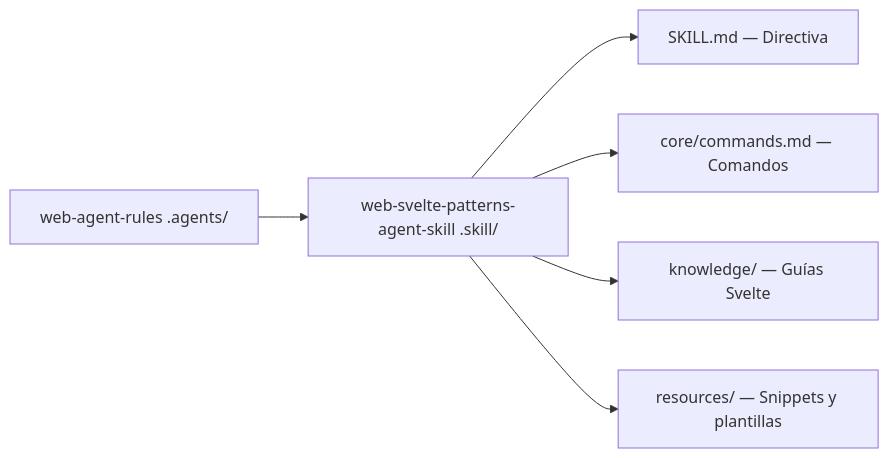
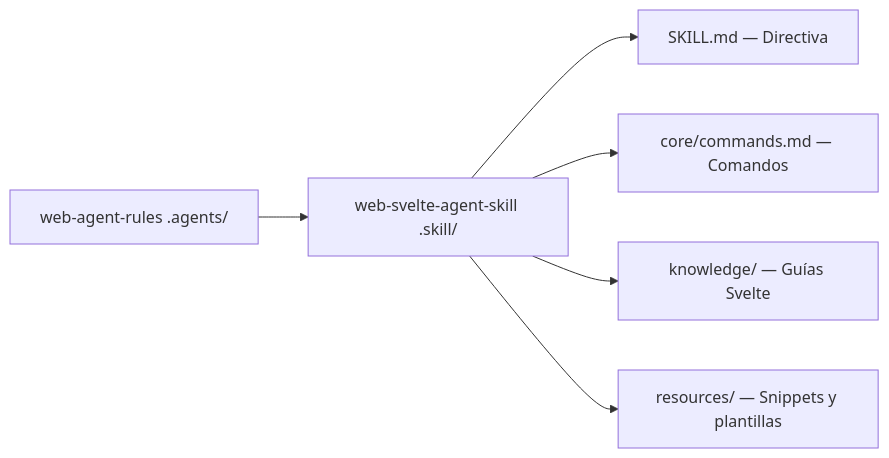
One commit to Agent-Rules-Ecosystem/web-svelte-agent-skill changed the diagram in README.md. Above: the diagram before and after it, drawn with Mermaid. The commit also changed other lines of this file, not shown here.

Commit message:
docs(svelte): update README and git references for web-svelte-agent-skill

````diff
--- a/README.md
+++ b/README.md
@@ -31,8 +31,8 @@
 ```mermaid
 graph LR
-    A[web-agent-rules .agents/] --> B[web-svelte-patterns-agent-skill .skill/]
+    A[web-agent-rules .agents/] --> B[web-svelte-agent-skill .skill/]
     B --> C[SKILL.md — Directiva]
     B --> D[core/commands.md — Comandos]
     B --> E[knowledge/ — Guías Svelte]
     B --> F[resources/ — Snippets y plantillas]
 ```
````
